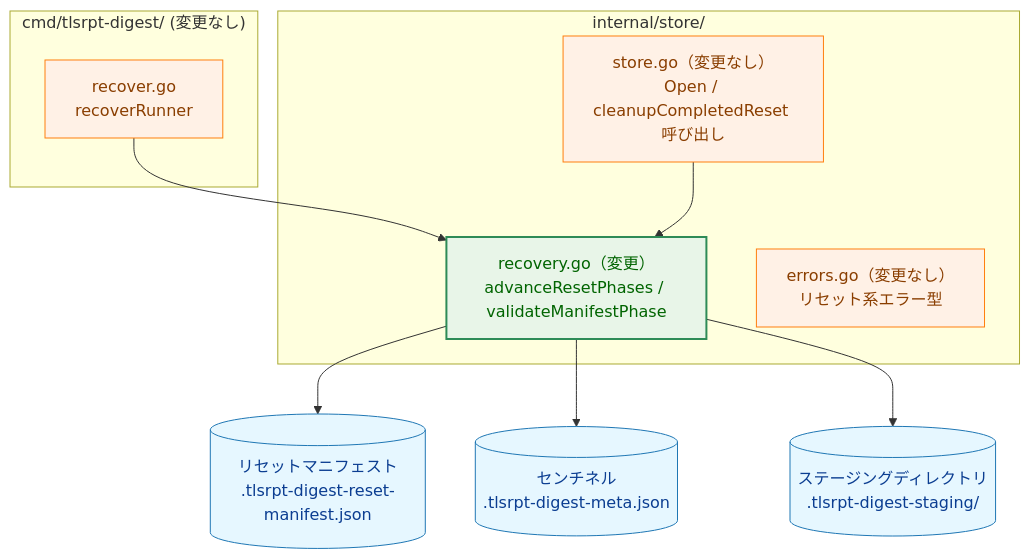
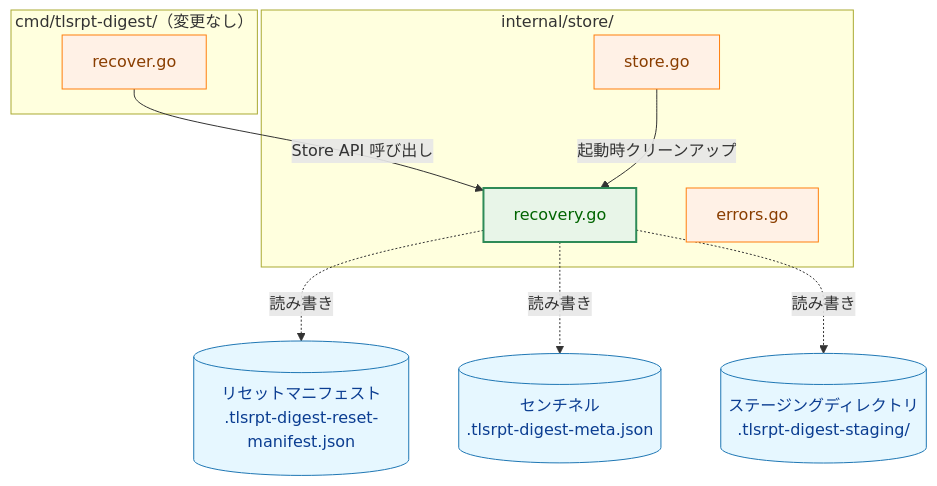
The fifth of 14 diagrams in docs/tasks/0080_reset_phase_simplify/02_architecture.ja.md (isseis/tlsrpt-digest), drawn with Mermaid before and after one commit. The commit also changed other lines of this file, not shown here.

First line of the commit message:
Address architecture review findings for reset phase simplification

````diff
--- a/docs/tasks/0080_reset_phase_simplify/02_architecture.ja.md
+++ b/docs/tasks/0080_reset_phase_simplify/02_architecture.ja.md
@@ -130,30 +142,30 @@
 ```mermaid
 graph TB
     classDef enhanced fill:#e8f5e8,stroke:#2e8b57,stroke-width:2px,color:#006400;
     classDef process fill:#fff1e6,stroke:#ff7f0e,stroke-width:1px,color:#8a3e00;
     classDef data fill:#e6f7ff,stroke:#1f77b4,stroke-width:1px,color:#0b3d91;
 
     subgraph pkg_store ["internal/store/"]
-        REC["recovery.go（変更）<br>advanceResetPhases / validateManifestPhase"]
-        ST["store.go（変更なし）<br>Open / cleanupCompletedReset 呼び出し"]
-        ERR["errors.go（変更なし）<br>リセット系エラー型"]
+        REC["recovery.go"]
+        ST["store.go"]
+        ERR["errors.go"]
     end
 
-    subgraph pkg_cmd ["cmd/tlsrpt-digest/ (変更なし)"]
-        RECOVER["recover.go<br>recoverRunner"]
+    subgraph pkg_cmd ["cmd/tlsrpt-digest/（変更なし）"]
+        RECOVER["recover.go"]
     end
 
     MFST[("リセットマニフェスト<br>.tlsrpt-digest-reset-manifest.json")]
     SENT[("センチネル<br>.tlsrpt-digest-meta.json")]
     STG[("ステージングディレクトリ<br>.tlsrpt-digest-staging/")]
 
-    RECOVER --> REC
-    ST --> REC
-    REC --> MFST
-    REC --> SENT
-    REC --> STG
+    RECOVER -->|"Store API 呼び出し"| REC
+    ST -->|"起動時クリーンアップ"| REC
+    REC -.->|"読み書き"| MFST
+    REC -.->|"読み書き"| SENT
+    REC -.->|"読み書き"| STG
 
     class REC enhanced
     class ST,ERR,RECOVER process
     class MFST,SENT,STG data
 ```
````
